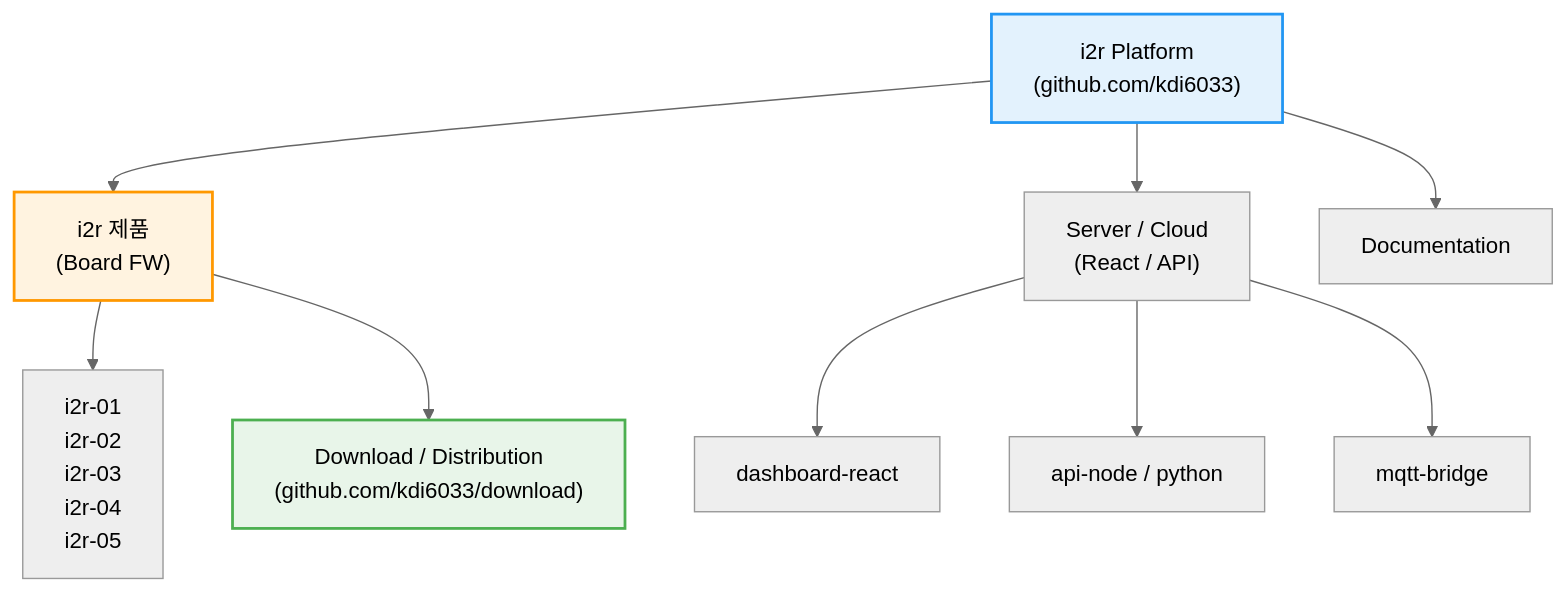
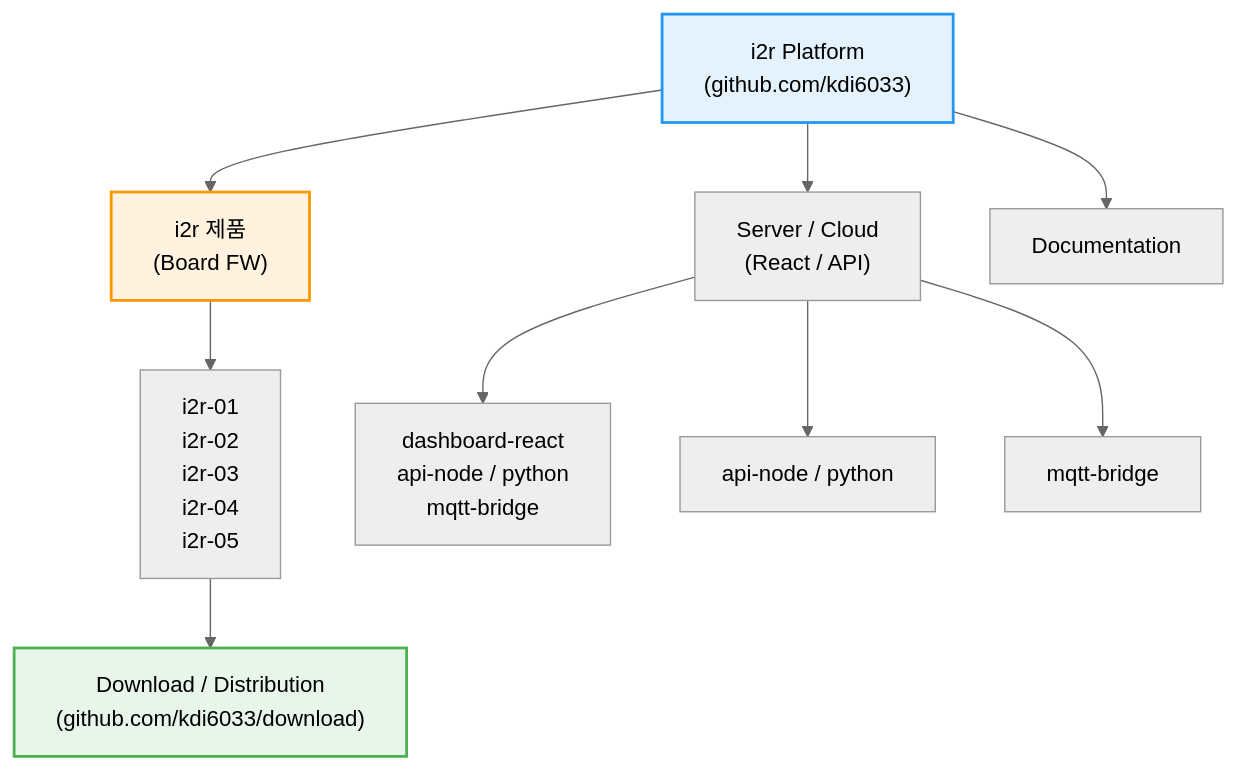
One commit to kdi6033/kdi6033 changed the first of 2 diagrams in README.md. Above: the diagram before and after it, drawn with Mermaid (neutral theme).

Commit message:
Update README with additional cloud and download info

````diff
--- a/README.md
+++ b/README.md
@@ -61,23 +61,23 @@
 ```mermaid
 graph TD
     %% Main Platform
     MAIN["i2r Platform<br/>(github.com/kdi6033)"] --> FW["i2r 제품<br/>(Board FW)"]
     MAIN --> CLOUD["Server / Cloud<br/>(React / API)"]
     MAIN --> DOCS["Documentation"]
 
     %% Firmware Branch
     FW --> I01[i2r-01<br/>i2r-02<br/>i2r-03<br/>i2r-04<br/>i2r-05]
     
     %% Cloud Branch
-    CLOUD --> R1[dashboard-react]
+    CLOUD --> R1[dashboard-react<br/>api-node / python<br/>mqtt-bridge]
     CLOUD --> A1[api-node / python]
     CLOUD --> M1[mqtt-bridge]
 
     %% Download Center (Linked from FW)
-    FW --> DL["Download / Distribution<br/>(github.com/kdi6033/download)"]
+    I01 --> DL["Download / Distribution<br/>(github.com/kdi6033/download)"]
 
     %% Styling
     style MAIN fill:#E3F2FD,stroke:#2196F3,stroke-width:2px
     style FW fill:#FFF3E0,stroke:#FF9800,stroke-width:2px
     style DL fill:#E8F5E9,stroke:#4CAF50,stroke-width:2px
 ```
````
